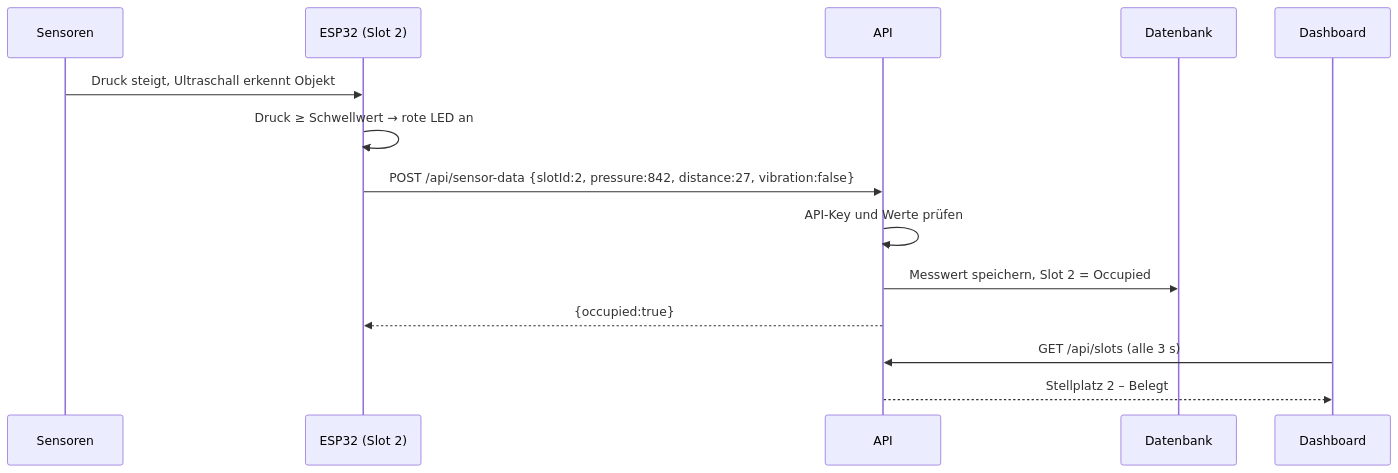
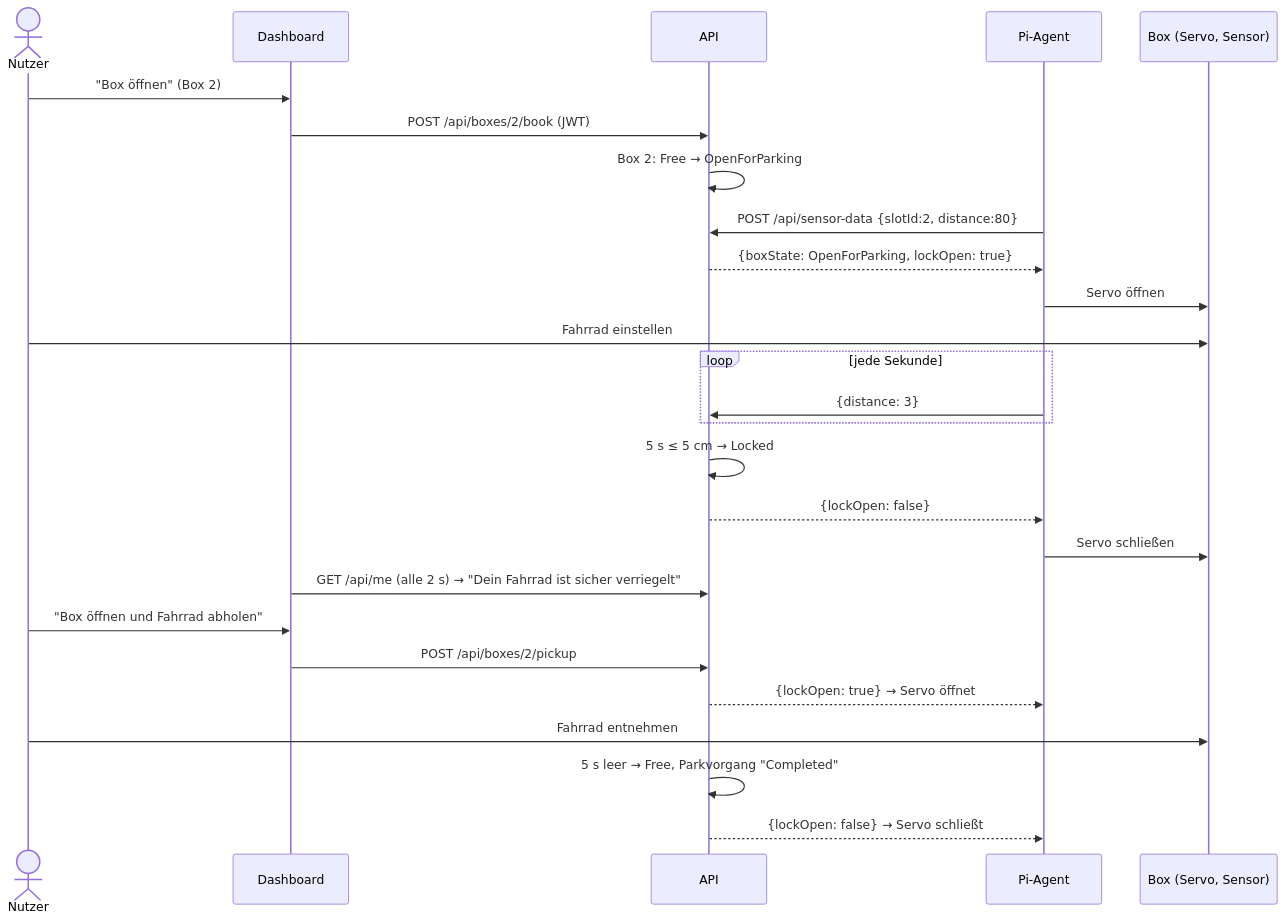
The fourth of 5 diagrams in docs/ARCHITEKTUR.md (LaurenzBonke/Bikestation), drawn with Mermaid before and after one commit. The commit also changed other lines of this file, not shown here.

Commit message:
Doku: Box-Konzept, Zustands- und ER-Diagramm, Abläufe, neue Endpunkte

````diff
--- a/docs/ARCHITEKTUR.md
+++ b/docs/ARCHITEKTUR.md
@@ -80,17 +132,29 @@
 ```mermaid
 sequenceDiagram
-    participant S as Sensoren
-    participant E as ESP32 (Slot 2)
+    actor N as Nutzer
+    participant F as Dashboard
     participant A as API
-    participant D as Datenbank
-    participant B as Dashboard
+    participant P as Pi-Agent
+    participant B as Box (Servo, Sensor)
 
-    S->>E: Druck steigt, Ultraschall erkennt Objekt
-    E->>E: Druck ≥ Schwellwert → rote LED an
-    E->>A: POST /api/sensor-data {slotId:2, pressure:842, distance:27, vibration:false}
-    A->>A: API-Key und Werte prüfen
-    A->>D: Messwert speichern, Slot 2 = Occupied
-    A-->>E: {occupied:true}
-    B->>A: GET /api/slots (alle 3 s)
-    A-->>B: Stellplatz 2 – Belegt
+    N->>F: "Box öffnen" (Box 2)
+    F->>A: POST /api/boxes/2/book (JWT)
+    A->>A: Box 2: Free → OpenForParking
+    P->>A: POST /api/sensor-data {slotId:2, distance:80}
+    A-->>P: {boxState: OpenForParking, lockOpen: true}
+    P->>B: Servo öffnen
+    N->>B: Fahrrad einstellen
+    loop jede Sekunde
+        P->>A: {distance: 3}
+    end
+    A->>A: 5 s ≤ 5 cm → Locked
+    A-->>P: {lockOpen: false}
+    P->>B: Servo schließen
+    F->>A: GET /api/me (alle 2 s) → "Dein Fahrrad ist sicher verriegelt"
+    N->>F: "Box öffnen und Fahrrad abholen"
+    F->>A: POST /api/boxes/2/pickup
+    A-->>P: {lockOpen: true} → Servo öffnet
+    N->>B: Fahrrad entnehmen
+    A->>A: 5 s leer → Free, Parkvorgang "Completed"
+    A-->>P: {lockOpen: false} → Servo schließt
 ```
````
